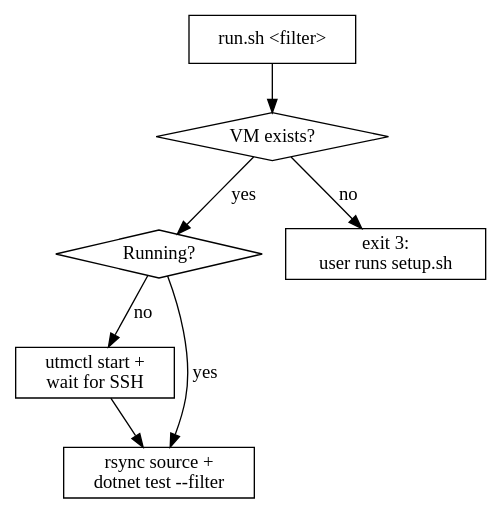
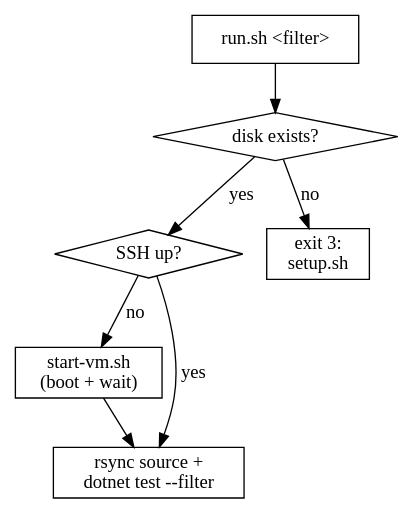
Before and after one commit to OctopusDeploy/OctopusTentacle: the diagram in .claude/skills/run-windows-tests/SKILL.md, drawn with Graphviz. The commit also changed other lines of this file and 6 other files, not shown here.

````diff
--- a/.claude/skills/run-windows-tests/SKILL.md
+++ b/.claude/skills/run-windows-tests/SKILL.md
@@ -47,17 +42,17 @@
 ```dot
 digraph vm_state {
   "run.sh <filter>" [shape=box];
-  "VM exists?" [shape=diamond];
-  "Running?" [shape=diamond];
-  "exit 3:\nuser runs setup.sh" [shape=box];
-  "utmctl start +\nwait for SSH" [shape=box];
+  "disk exists?" [shape=diamond];
+  "SSH up?" [shape=diamond];
+  "exit 3:\nsetup.sh" [shape=box];
+  "start-vm.sh\n(boot + wait)" [shape=box];
   "rsync source +\ndotnet test --filter" [shape=box];
 
-  "run.sh <filter>" -> "VM exists?";
-  "VM exists?" -> "exit 3:\nuser runs setup.sh" [label="no"];
-  "VM exists?" -> "Running?" [label="yes"];
-  "Running?" -> "rsync source +\ndotnet test --filter" [label="yes"];
-  "Running?" -> "utmctl start +\nwait for SSH" [label="no"];
-  "utmctl start +\nwait for SSH" -> "rsync source +\ndotnet test --filter";
+  "run.sh <filter>" -> "disk exists?";
+  "disk exists?" -> "exit 3:\nsetup.sh" [label="no"];
+  "disk exists?" -> "SSH up?" [label="yes"];
+  "SSH up?" -> "rsync source +\ndotnet test --filter" [label="yes"];
+  "SSH up?" -> "start-vm.sh\n(boot + wait)" [label="no"];
+  "start-vm.sh\n(boot + wait)" -> "rsync source +\ndotnet test --filter";
 }
 ```
````
